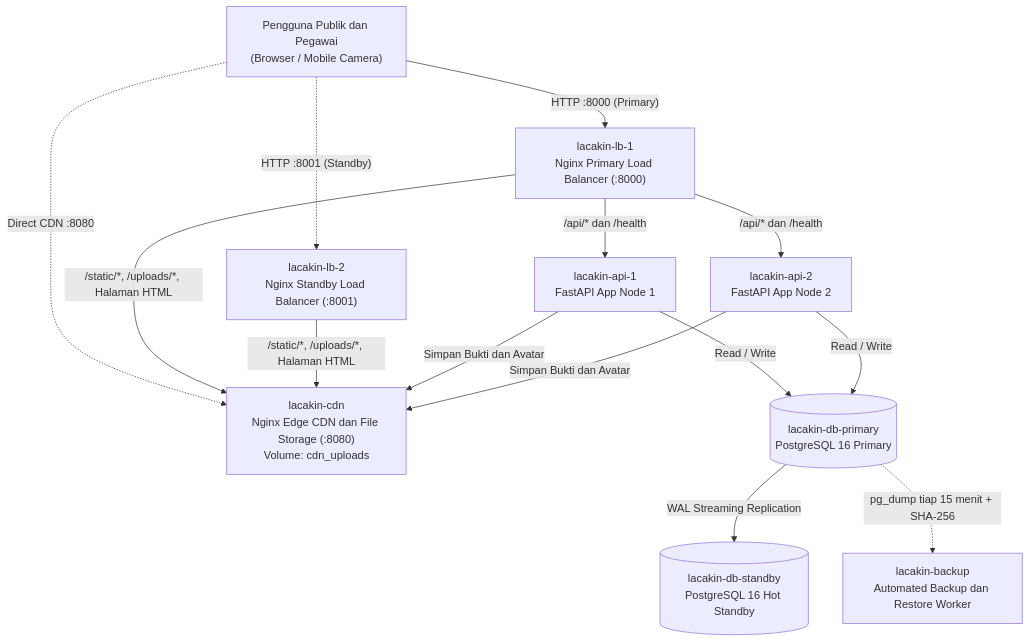
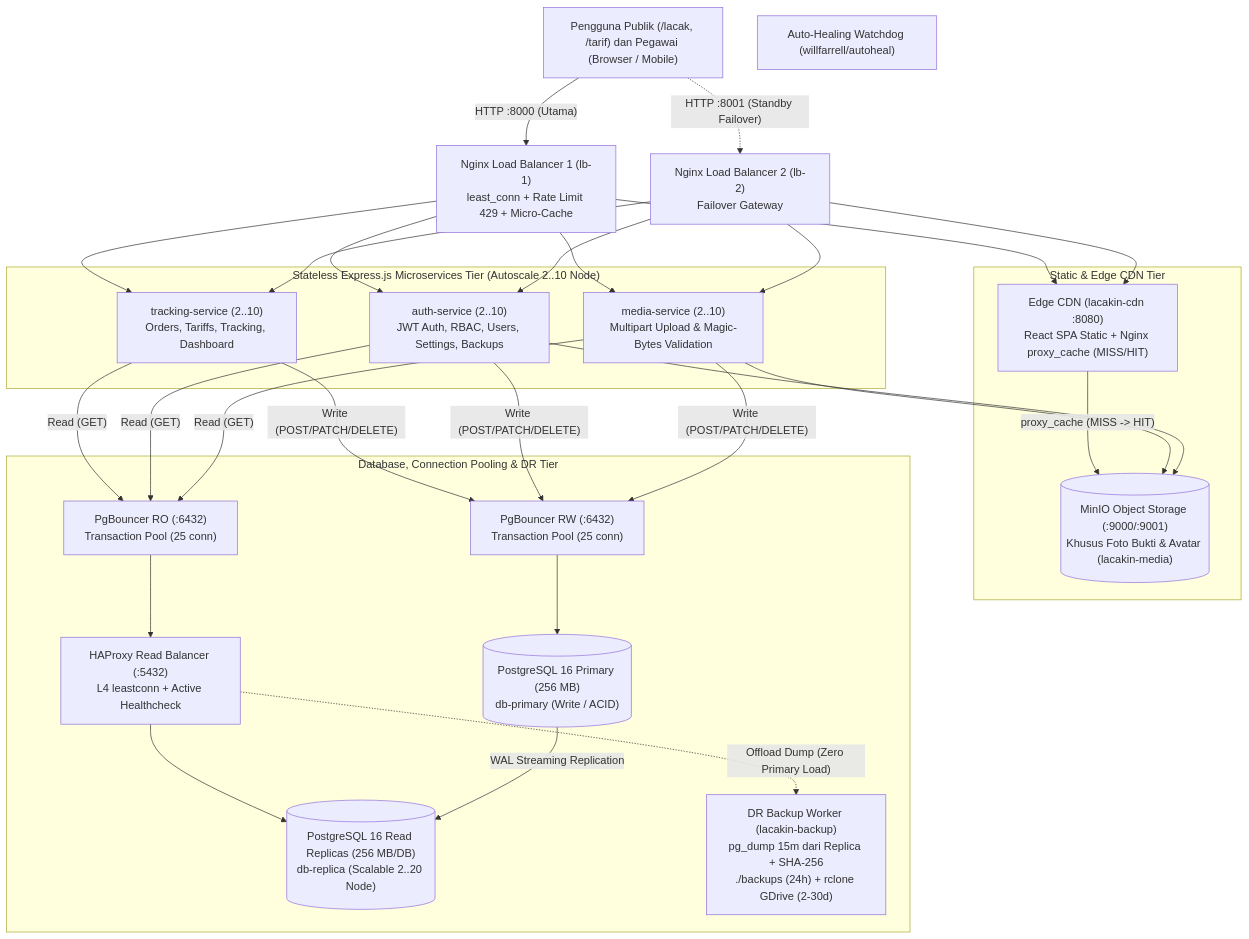
The diagram in README.md (ammararifin298-uinsa/Cloud-Computing), drawn with Mermaid before and after one commit. The commit also changed other lines of this file, not shown here.

Commit message:
docs: update README.md for LacakIn v2 full HA microservices architecture

````diff
--- a/README.md
+++ b/README.md
@@ -38,18 +25,42 @@
 ```mermaid
 flowchart TB
-    User["Pengguna Publik dan Pegawai\n(Browser / Mobile Camera)"] -->|"HTTP :8000 (Primary)"| LB1["lacakin-lb-1\nNginx Primary Load Balancer (:8000)"]
-    User -.->|"HTTP :8001 (Standby)"| LB2["lacakin-lb-2\nNginx Standby Load Balancer (:8001)"]
-    User -.->|"Direct CDN :8080"| CDN["lacakin-cdn\nNginx Edge CDN dan File Storage (:8080)\nVolume: cdn_uploads"]
+    Client["Pengguna Publik (/lacak, /tarif) dan Pegawai (Browser / Mobile)"]
+    Client -->|"HTTP :8000 (Utama)"| LB1["Nginx Load Balancer 1 (lb-1)\nleast_conn + Rate Limit 429 + Micro-Cache"]
+    Client -.->|"HTTP :8001 (Standby Failover)"| LB2["Nginx Load Balancer 2 (lb-2)\nFailover Gateway"]
 
-    LB1 -->|"/static/*, /uploads/*, Halaman HTML"| CDN
-    LB2 -->|"/static/*, /uploads/*, Halaman HTML"| CDN
-    LB1 -->|"/api/* dan /health"| API1["lacakin-api-1\nFastAPI App Node 1"]
-    LB1 -->|"/api/* dan /health"| API2["lacakin-api-2\nFastAPI App Node 2"]
+    subgraph FrontendAndCDN["Static & Edge CDN Tier"]
+        CDN["Edge CDN (lacakin-cdn :8080)\nReact SPA Static + Nginx proxy_cache (MISS/HIT)"]
+        MinIO[("MinIO Object Storage (:9000/:9001)\nKhusus Foto Bukti & Avatar (lacakin-media)")]
+    end
 
-    API1 -->|"Simpan Bukti dan Avatar"| CDN
-    API2 -->|"Simpan Bukti dan Avatar"| CDN
-    API1 -->|"Read / Write"| DB1[("lacakin-db-primary\nPostgreSQL 16 Primary")]
-    API2 -->|"Read / Write"| DB1
-    DB1 -->|"WAL Streaming Replication"| DB2[("lacakin-db-standby\nPostgreSQL 16 Hot Standby")]
-    DB1 -.->|"pg_dump tiap 15 menit + SHA-256"| BKP["lacakin-backup\nAutomated Backup dan Restore Worker"]
+    subgraph Microservices["Stateless Express.js Microservices Tier (Autoscale 2..10 Node)"]
+        MS1["tracking-service (2..10)\nOrders, Tariffs, Tracking, Dashboard"]
+        MS2["auth-service (2..10)\nJWT Auth, RBAC, Users, Settings, Backups"]
+        MS3["media-service (2..10)\nMultipart Upload & Magic-Bytes Validation"]
+    end
+
+    subgraph DataTier["Database, Connection Pooling & DR Tier"]
+        PGBRW["PgBouncer RW (:6432)\nTransaction Pool (25 conn)"]
+        PGBRO["PgBouncer RO (:6432)\nTransaction Pool (25 conn)"]
+        HAP["HAProxy Read Balancer (:5432)\nL4 leastconn + Active Healthcheck"]
+        DBP[("PostgreSQL 16 Primary (256 MB)\ndb-primary (Write / ACID)")]
+        DBR[("PostgreSQL 16 Read Replicas (256 MB/DB)\ndb-replica (Scalable 2..20 Node)")]
+        BKP["DR Backup Worker (lacakin-backup)\npg_dump 15m dari Replica + SHA-256\n./backups (24h) + rclone GDrive (2-30d)"]
+    end
+
+    AH["Auto-Healing Watchdog (willfarrell/autoheal)"]
+
+    LB1 --> CDN
+    LB2 --> CDN
+    CDN -->|"proxy_cache (MISS -> HIT)"| MinIO
+
+    LB1 --> MS1 & MS2 & MS3
+    LB2 --> MS1 & MS2 & MS3
+    MS3 --> MinIO
+    MS2 --> MinIO
+
+    MS1 & MS2 & MS3 -->|"Write (POST/PATCH/DELETE)"| PGBRW --> DBP
+    MS1 & MS2 & MS3 -->|"Read (GET)"| PGBRO --> HAP --> DBR
+    DBP -->|"WAL Streaming Replication"| DBR
+    HAP -.->|"Offload Dump (Zero Primary Load)"| BKP
 ```
````
